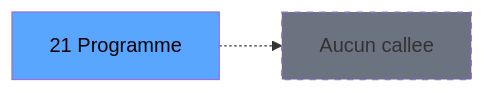
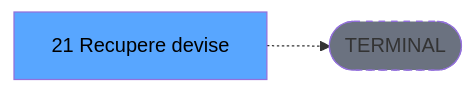
One commit to thonyAGP/lecteur-magic changed the third of 3 diagrams in .openspec/specs/ADH-IDE-21.md. Above: the diagram before and after it, drawn with Mermaid. The commit also changed other lines of this file and 701 other files, not shown here.

````diff
--- a/.openspec/specs/ADH-IDE-21.md
+++ b/.openspec/specs/ADH-IDE-21.md
@@ -148,8 +134,8 @@
 ```mermaid
 graph LR
-    T[21 Programme]
-    NONE[Aucun callee]
-    T -.-> NONE
+    T[21 Recupere devise]
+    TERM([TERMINAL])
+    T -.-> TERM
+    style TERM fill:#6b7280,stroke-dasharray: 5 5
     style T fill:#58a6ff,color:#000
-    style NONE fill:#6b7280,stroke-dasharray: 5 5
 ```
````
